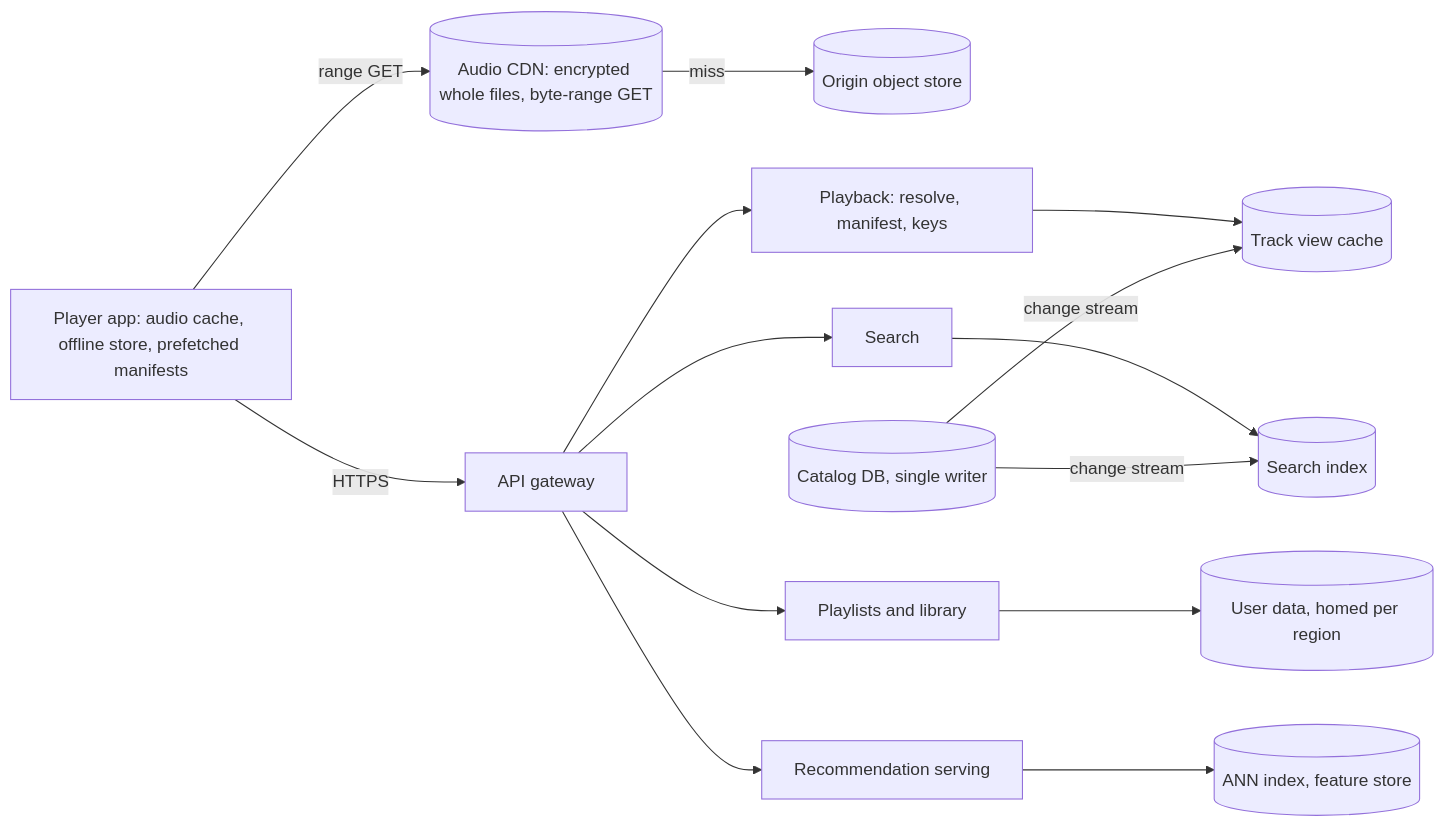
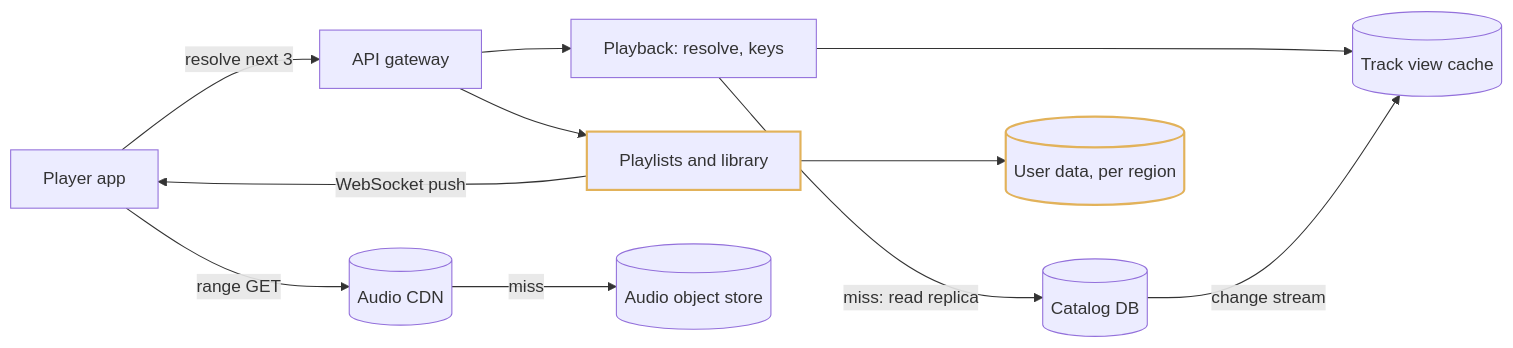
Before and after one commit to SandyCodeSenpai/system-design: the fourth of 14 diagrams in content/designs/spotify.md, drawn with Mermaid. The commit also changed other lines of this file and 4 other files, not shown here.

````diff
--- a/content/designs/spotify.md
+++ b/content/designs/spotify.md
@@ -63,29 +124,13 @@
 ```mermaid
 flowchart LR
-  APP["Player app: audio cache, offline store, prefetched manifests"]
-  CDN[("Audio CDN: encrypted whole files, byte-range GET")]
-  OBJ[("Origin object store")]
-  GW["API gateway"]
-  PB["Playback: resolve, manifest, keys"]
-  SRCH["Search"]
-  PL["Playlists and library"]
-  REC["Recommendation serving"]
-  TV[("Track view cache")]
-  META[("Catalog DB, single writer")]
-  IDX[("Search index")]
-  UDB[("User data, homed per region")]
-  ANN[("ANN index, feature store")]
-  APP -->|"range GET"| CDN
-  CDN -->|"miss"| OBJ
-  APP -->|"HTTPS"| GW
-  GW --> PB
-  GW --> SRCH
-  GW --> PL
-  GW --> REC
-  PB --> TV
-  SRCH --> IDX
-  PL --> UDB
-  REC --> ANN
-  META -->|"change stream"| TV
-  META -->|"change stream"| IDX
+  APP["Player app"] -->|"resolve next 3"| GW["API gateway"]
+  GW --> PB["Playback: resolve, keys"] & PL["Playlists and library"]:::new
+  PB --> TV[("Track view cache")]
+  PB -->|"miss: read replica"| CAT[("Catalog DB")]
+  CAT -->|"change stream"| TV
+  PL --> UDB[("User data, per region")]:::new
+  PL -->|"WebSocket push"| APP
+  APP -->|"range GET"| CDN[("Audio CDN")]
+  CDN -->|"miss"| OBJ[("Audio object store")]
+  classDef new stroke:#e2b25a,stroke-width:2px
 ```
````
